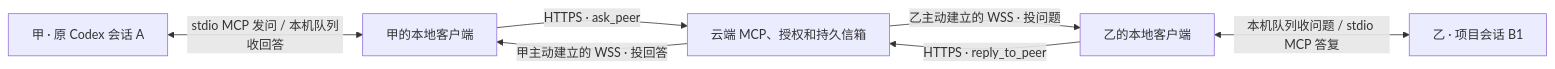
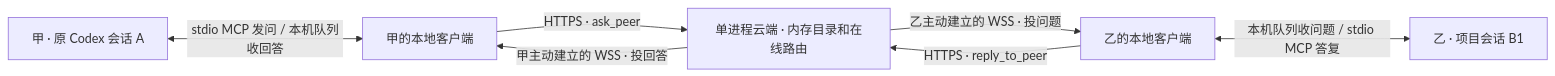
The diagram in README.md (hdonLiu/agent-relay), drawn with Mermaid before and after one commit. The commit also changed other lines of this file and 27 other files, not shown here.

````diff
--- a/README.md
+++ b/README.md
@@ -5,9 +5,9 @@
 ```mermaid
 flowchart LR
   A["甲 · 原 Codex 会话 A"] <-->|"stdio MCP 发问 / 本机队列收回答"| CA["甲的本地客户端"]
-  CA -->|"HTTPS · ask_peer"| S["云端 MCP、授权和持久信箱"]
+  CA -->|"HTTPS · ask_peer"| S["单进程云端 · 内存目录和在线路由"]
   S -->|"乙主动建立的 WSS · 投问题"| CB["乙的本地客户端"]
   CB <-->|"本机队列收问题 / stdio MCP 答复"| B["乙 · 项目会话 B1"]
   CB -->|"HTTPS · reply_to_peer"| S
   S -->|"甲主动建立的 WSS · 投回答"| CA
 ```
````
